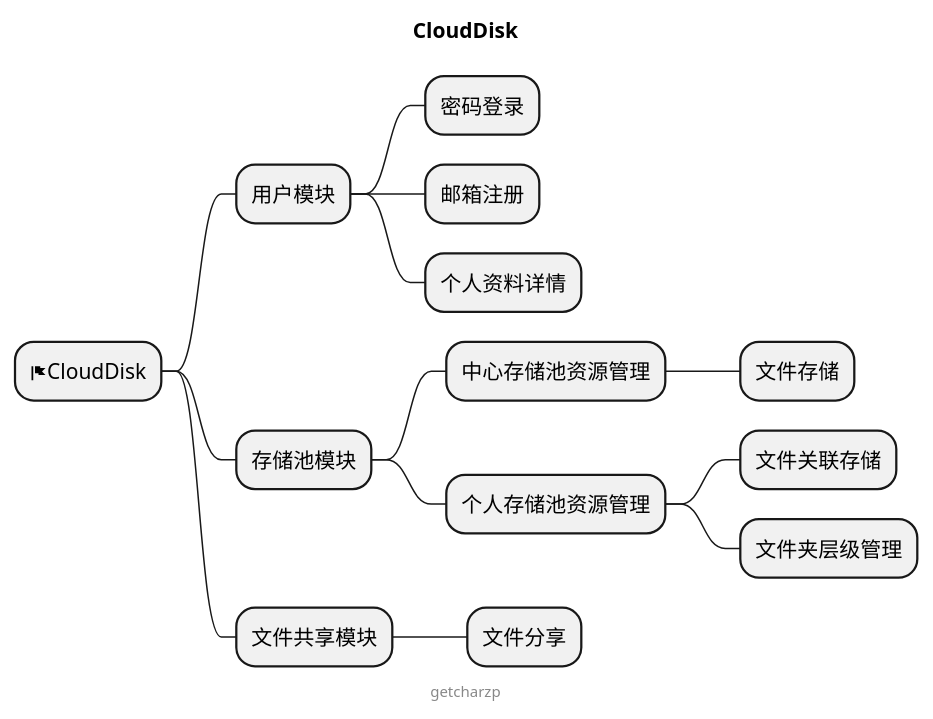
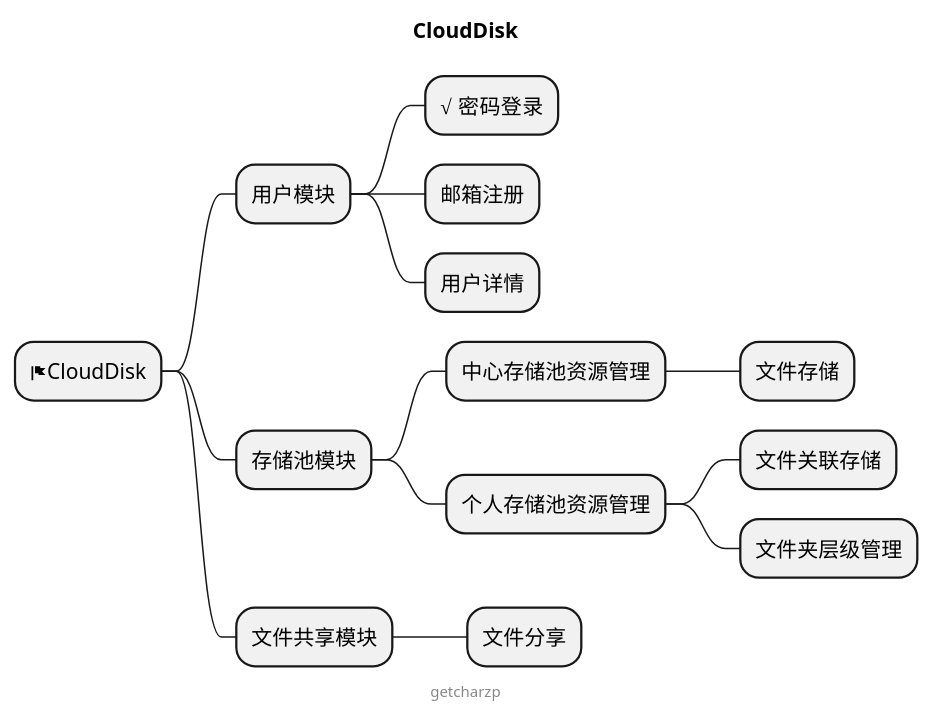
The diagram in MIND.puml (GetcharZp/cloud-disk), drawn with PlantUML before and after one commit. The commit also changed 8 other files, not shown here.

```diff
--- a/MIND.puml
+++ b/MIND.puml
@@ -1,21 +1,21 @@
 @startmindmap
 
 title CloudDisk
 
 * <&flag>CloudDisk
 ** 用户模块
-*** 密码登录
+*** √ 密码登录
 *** 邮箱注册
-*** 个人资料详情
+*** 用户详情
 ** 存储池模块
 *** 中心存储池资源管理
 **** 文件存储
 *** 个人存储池资源管理
 **** 文件关联存储
 **** 文件夹层级管理
 ** 文件共享模块
 *** 文件分享
 
 center footer getcharzp
 
 @endmindmap
```
